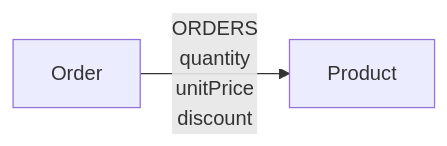
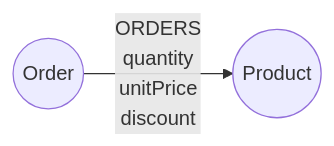
One commit to neo4j-graphacademy/courses changed the fourth of 8 diagrams in asciidoc/courses/workshop-importing/modules/3-importing-data/lessons/4-importing-relationships/lesson.adoc. Above: the diagram before and after it, drawn with Mermaid. The commit also changed other lines of this file and 15 other files, not shown here.

````diff
--- a/asciidoc/courses/workshop-importing/modules/3-importing-data/lessons/4-importing-relationships/lesson.adoc
+++ b/asciidoc/courses/workshop-importing/modules/3-importing-data/lessons/4-importing-relationships/lesson.adoc
@@ -111,4 +111,4 @@
 ```mermaid
 graph LR
-    A[Order] -->|"ORDERS<br/>quantity<br/>unitPrice<br/>discount"| B[Product]
+    A((Order)) -->|"ORDERS<br/>quantity<br/>unitPrice<br/>discount"| B((Product))
 ```
````
